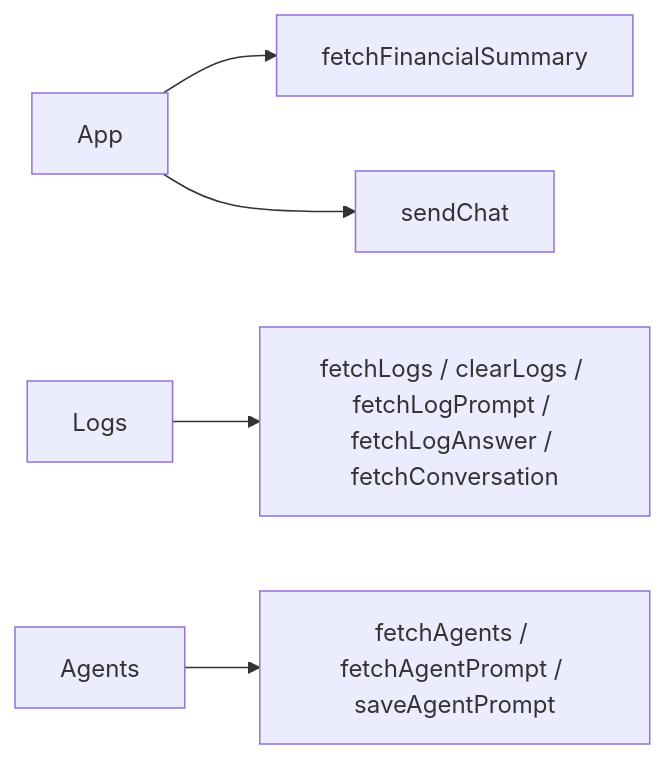
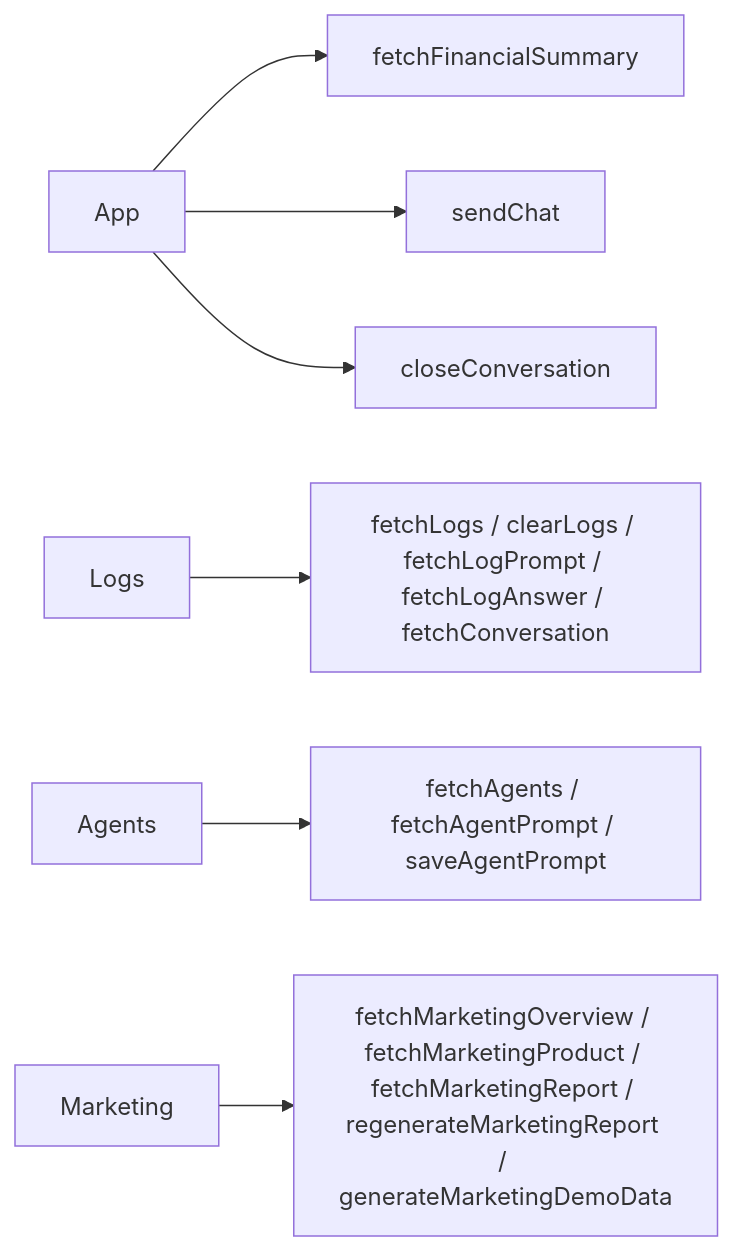
Before and after one commit to gamer2000fr-coder/financial-coach: the fourth of 4 diagrams in docs/doc-technique.md, drawn with Mermaid. The commit also changed other lines of this file and 86 other files, not shown here.

````diff
--- a/docs/doc-technique.md
+++ b/docs/doc-technique.md
@@ -349,7 +420,9 @@
 ```mermaid
 flowchart LR
     A[App] --> B[fetchFinancialSummary]
     A --> C[sendChat]
+    A --> F[closeConversation]
     L[Logs] --> D[fetchLogs / clearLogs / fetchLogPrompt / fetchLogAnswer / fetchConversation]
     G[Agents] --> E[fetchAgents / fetchAgentPrompt / saveAgentPrompt]
+    M[Marketing] --> N[fetchMarketingOverview / fetchMarketingProduct / fetchMarketingReport / regenerateMarketingReport / generateMarketingDemoData]
 ```
````
